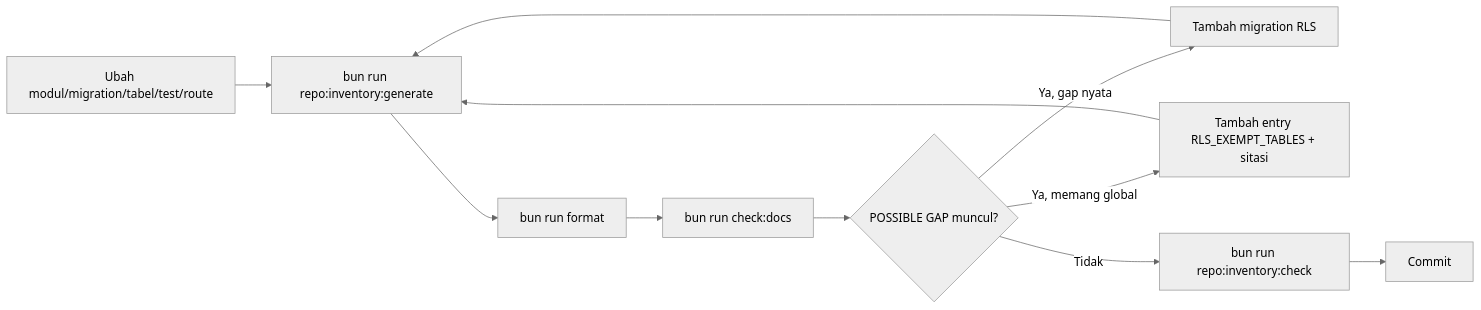
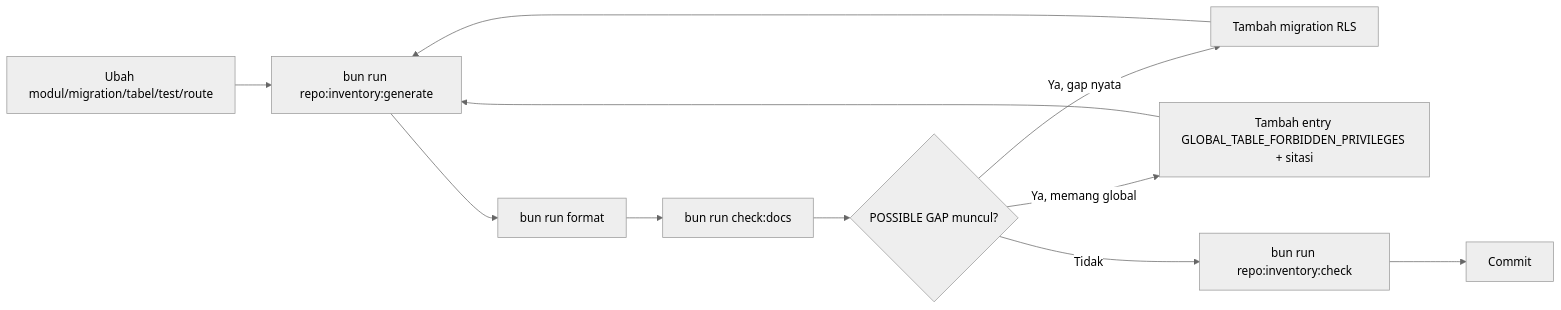
The diagram in .claude/skills/awcms-repo-inventory/SKILL.id.md (ahliweb/awcms), drawn with Mermaid (neutral theme) before and after one commit. The commit also changed other lines of this file and 37 other files, not shown here.

````diff
--- a/.claude/skills/awcms-repo-inventory/SKILL.id.md
+++ b/.claude/skills/awcms-repo-inventory/SKILL.id.md
@@ -74,13 +84,13 @@
 ```mermaid
 flowchart LR
   A[Ubah modul/migration/tabel/test/route] --> B[bun run repo:inventory:generate]
   B --> C[bun run format]
   C --> D[bun run check:docs]
   D --> E{POSSIBLE GAP muncul?}
   E -- Ya, gap nyata --> F[Tambah migration RLS]
-  E -- Ya, memang global --> G[Tambah entry RLS_EXEMPT_TABLES + sitasi]
+  E -- Ya, memang global --> G["Tambah entry GLOBAL_TABLE_FORBIDDEN_PRIVILEGES + sitasi"]
   E -- Tidak --> H[bun run repo:inventory:check]
   F --> B
   G --> B
   H --> I[Commit]
 ```
````
